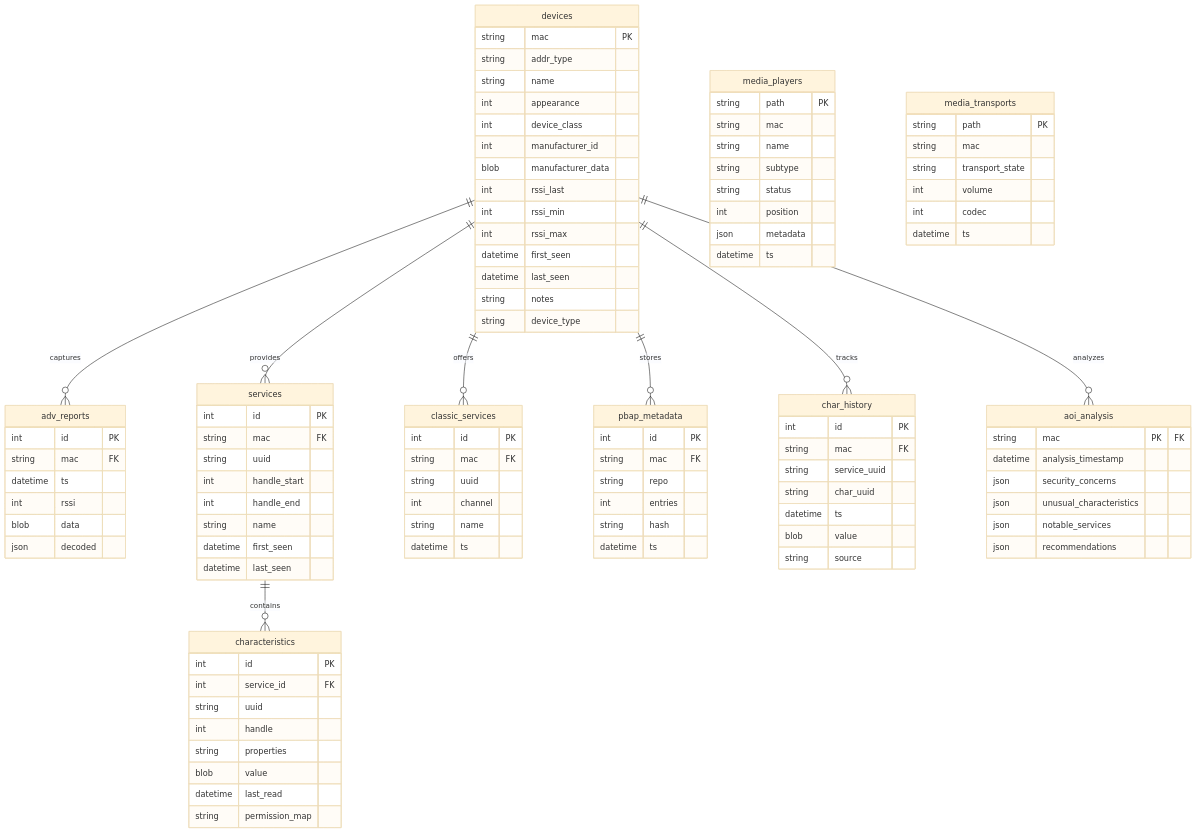
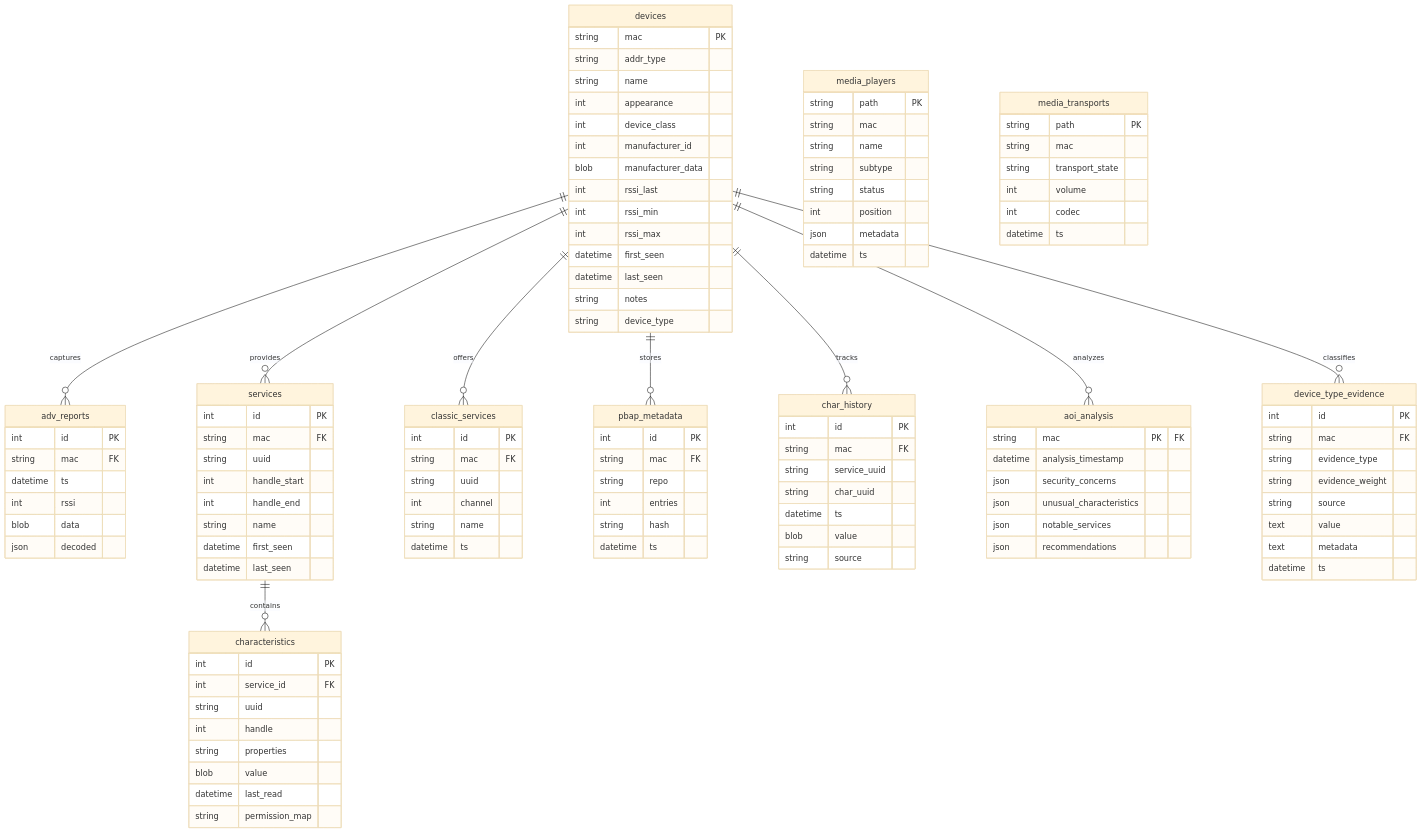
Before and after one commit to Mauddib28/bleep-tool: the diagram in bleep/docs/observation_db_schema.md, drawn with Mermaid (base theme). The commit also changed other lines of this file and 26 other files, not shown here.

````diff
--- a/bleep/docs/observation_db_schema.md
+++ b/bleep/docs/observation_db_schema.md
@@ -124,11 +126,23 @@
         json recommendations
     }
     
+    device_type_evidence {
+        int id PK
+        string mac FK
+        string evidence_type
+        string evidence_weight
+        string source
+        text value
+        text metadata
+        datetime ts
+    }
+    
     devices ||--o{ adv_reports : "captures"
     devices ||--o{ services : "provides"
     devices ||--o{ classic_services : "offers"
     devices ||--o{ pbap_metadata : "stores"
     devices ||--o{ char_history : "tracks"
     devices ||--o{ aoi_analysis : "analyzes"
+    devices ||--o{ device_type_evidence : "classifies"
     services ||--o{ characteristics : "contains"
 ```
````
